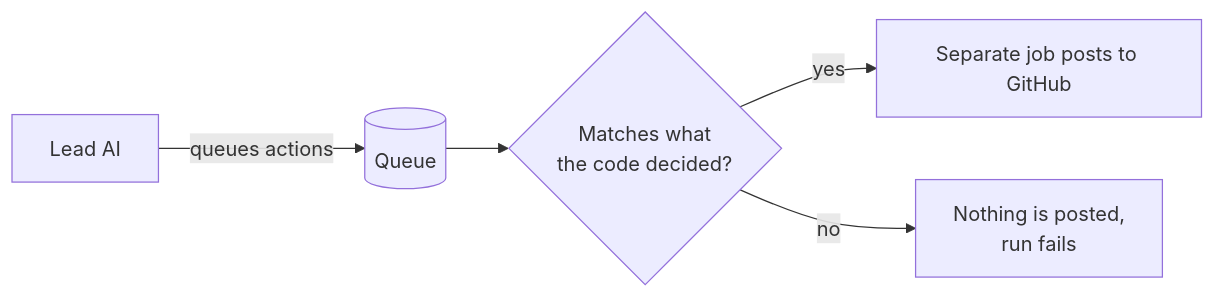
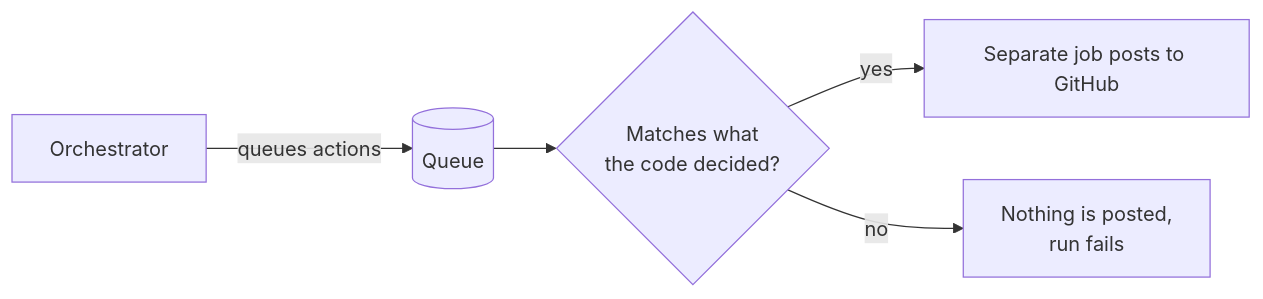
One commit to Khan/actions changed the fifth of 8 diagrams in workflows/review/ARCHITECTURE.md. Above: the diagram before and after it, drawn with Mermaid. The commit also changed other lines of this file, not shown here.

````diff
--- a/workflows/review/ARCHITECTURE.md
+++ b/workflows/review/ARCHITECTURE.md
@@ -71,7 +72,7 @@
 ```mermaid
 flowchart LR
-  AI[Lead AI] -->|queues actions| Q[(Queue)]
+  AI[Orchestrator] -->|queues actions| Q[(Queue)]
   Q --> Check{Matches what<br/>the code decided?}
   Check -->|yes| Post[Separate job posts to GitHub]
   Check -->|no| Block[Nothing is posted,<br/>run fails]
 ```
````
